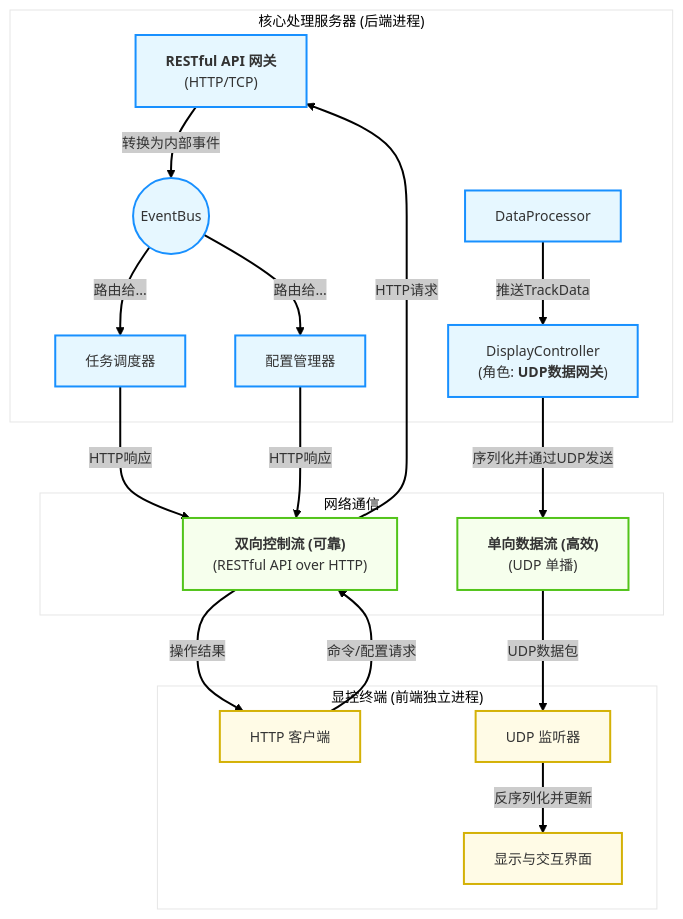
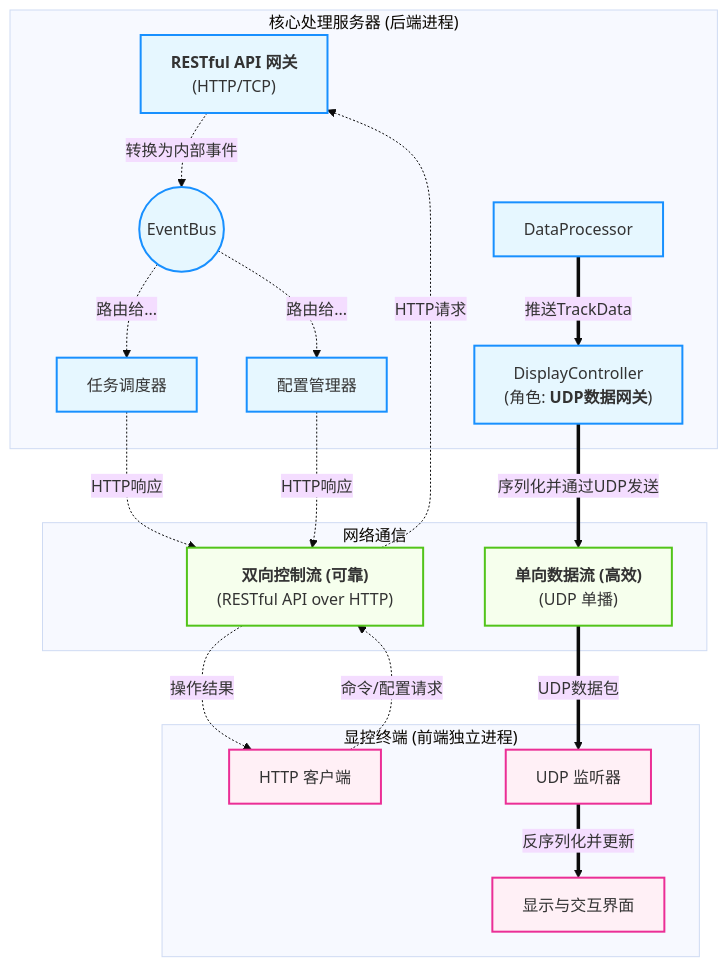
One commit to wendizhou99-cell/Radar changed the second of 20 diagrams in docs/01_项目设计/02_模块设计/99_模块集成策略.md. Above: the diagram before and after it, drawn with Mermaid. The commit also changed other lines of this file and 26 other files, not shown here.

First line of the commit message:
docs: 完成数据架构文档系列重构和Mermaid可视化指南增强

````diff
--- a/docs/01_项目设计/02_模块设计/99_模块集成策略.md
+++ b/docs/01_项目设计/02_模块设计/99_模块集成策略.md
@@ -116,51 +200,58 @@
 ```mermaid
 ---
 config:
-  theme: neo
+  theme: base
   flowchart:
     curve: basis
 ---
 graph TD
+    %% 图例说明：
+    %% 后端服务器组件 (浅蓝): 核心处理服务器内的所有模块
+    %% 网络通信层 (浅绿): 控制流与数据流通道
+    %% 前端客户端 (粉色): 显控终端应用组件
+
     subgraph "核心处理服务器 (后端进程)"
         API_Gateway["<b>RESTful API 网关</b><br/>(HTTP/TCP)"]
         EventBus(("EventBus"))
         TaskScheduler["任务调度器"]
         ConfigManager["配置管理器"]
         DataProcessor["DataProcessor"]
         DisplayController["DisplayController<br/>(角色: <b>UDP数据网关</b>)"]
     end
 
     subgraph "网络通信"
         ControlChannel["<b>双向控制流 (可靠)</b><br/>(RESTful API over HTTP)"]
         DataChannel["<b>单向数据流 (高效)</b><br/>(UDP 单播)"]
     end
 
     subgraph "显控终端 (前端独立进程)"
         UI_HttpClient["HTTP 客户端"]
         UI_UdpListener["UDP 监听器"]
         UI_Display["显示与交互界面"]
     end
 
-    %% 控制流
-    UI_HttpClient -- "命令/配置请求" --> ControlChannel
-    ControlChannel -- "HTTP请求" --> API_Gateway
-    API_Gateway -- "转换为内部事件" --> EventBus
-    EventBus -- "路由给..." --> TaskScheduler & ConfigManager
-    TaskScheduler & ConfigManager -- "HTTP响应" --> ControlChannel
-    ControlChannel -- "操作结果" --> UI_HttpClient
+    %% 控制流 (虚线表示控制通信)
+    UI_HttpClient -.->|"命令/配置请求"| ControlChannel
+    ControlChannel -.->|"HTTP请求"| API_Gateway
+    API_Gateway -.->|"转换为内部事件"| EventBus
+    EventBus -.->|"路由给..."| TaskScheduler
+    EventBus -.->|"路由给..."| ConfigManager
+    TaskScheduler -.->|"HTTP响应"| ControlChannel
+    ConfigManager -.->|"HTTP响应"| ControlChannel
+    ControlChannel -.->|"操作结果"| UI_HttpClient
 
+    %% 数据流 (实线表示数据传递)
+    DataProcessor ==>|"推送TrackData"| DisplayController
+    DisplayController ==>|"序列化并通过UDP发送"| DataChannel
+    DataChannel ==>|"UDP数据包"| UI_UdpListener
+    UI_UdpListener ==>|"反序列化并更新"| UI_Display
 
-    %% 数据流
-    DataProcessor -- "推送TrackData" --> DisplayController
-    DisplayController -- "序列化并通过UDP发送" --> DataChannel
-    DataChannel -- "UDP数据包" --> UI_UdpListener
-    UI_UdpListener -- "反序列化并更新" --> UI_Display
-
+    %% 标准 classDef 模板
     classDef server fill:#e6f7ff,stroke:#1890ff,stroke-width:2px
     classDef network fill:#f6ffed,stroke:#52c41a,stroke-width:2px
-    classDef client fill:#fffbe6,stroke:#d4b106,stroke-width:2px
+    classDef client fill:#fff0f6,stroke:#eb2f96,stroke-width:2px
 
     class API_Gateway,EventBus,TaskScheduler,ConfigManager,DataProcessor,DisplayController server
     class ControlChannel,DataChannel network
     class UI_HttpClient,UI_UdpListener,UI_Display client
 ```
````
